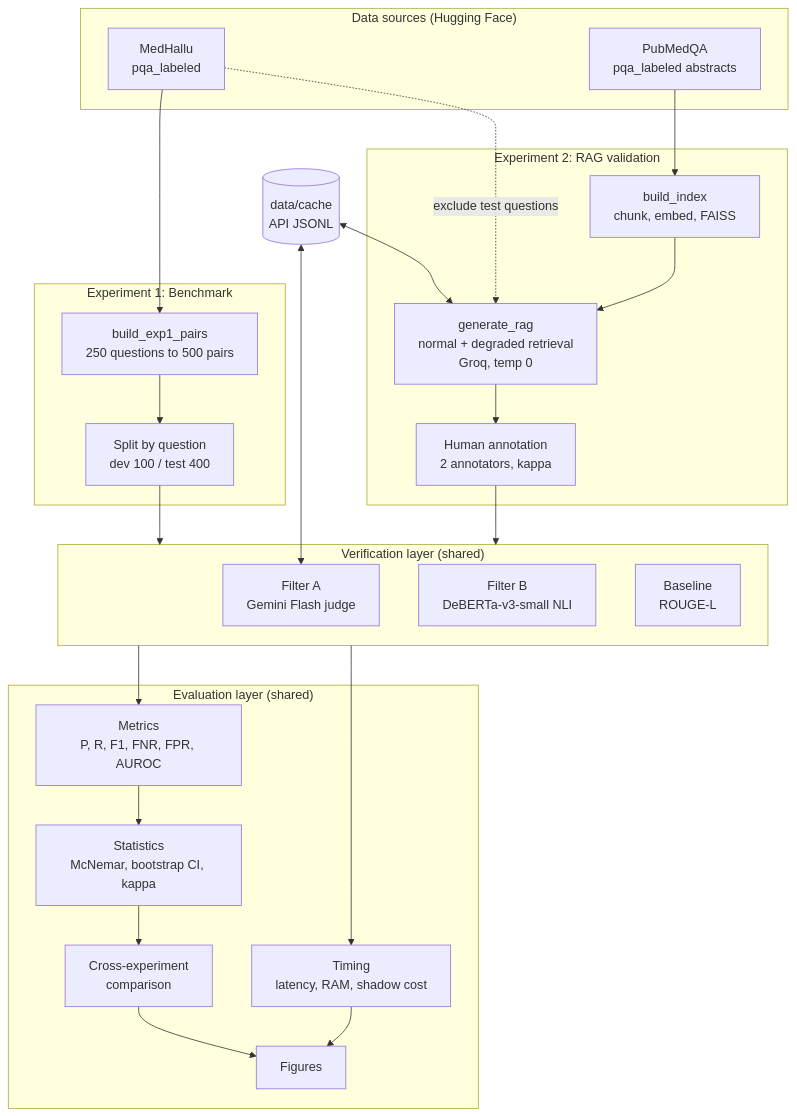
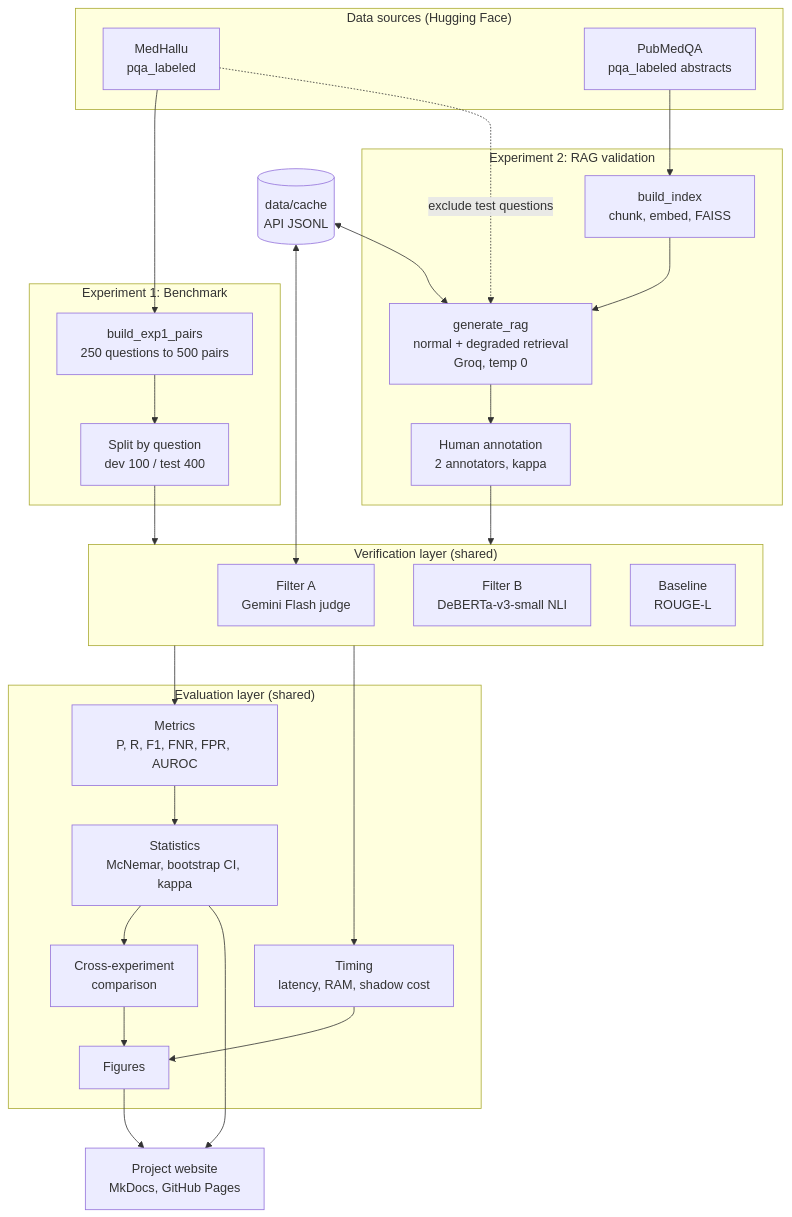
The first of 10 diagrams in Architecture.md (saadktk10/reducing-hallucination-in-healthcare-using-agentic-ai-in-rag), drawn with Mermaid before and after one commit. The commit also changed other lines of this file and 54 other files, not shown here.

````diff
--- a/Architecture.md
+++ b/Architecture.md
@@ -9,40 +11,42 @@
 ```mermaid
 flowchart TB
     subgraph SRC["Data sources (Hugging Face)"]
         MH["MedHallu<br/>pqa_labeled"]
         PQ["PubMedQA<br/>pqa_labeled abstracts"]
     end
 
     subgraph E1["Experiment 1: Benchmark"]
         P1["build_exp1_pairs<br/>250 questions to 500 pairs"]
         SPL["Split by question<br/>dev 100 / test 400"]
     end
 
     subgraph E2["Experiment 2: RAG validation"]
         IDX["build_index<br/>chunk, embed, FAISS"]
         GEN["generate_rag<br/>normal + degraded retrieval<br/>Groq, temp 0"]
         ANN["Human annotation<br/>2 annotators, kappa"]
     end
 
     subgraph VER["Verification layer (shared)"]
         FA["Filter A<br/>Gemini Flash judge"]
         FB["Filter B<br/>DeBERTa-v3-small NLI"]
         BL["Baseline<br/>ROUGE-L"]
     end
 
     subgraph EVAL["Evaluation layer (shared)"]
         MET["Metrics<br/>P, R, F1, FNR, FPR, AUROC"]
         STAT["Statistics<br/>McNemar, bootstrap CI, kappa"]
         TIME["Timing<br/>latency, RAM, shadow cost"]
         XEXP["Cross-experiment<br/>comparison"]
         FIG["Figures"]
     end
 
     MH --> P1 --> SPL --> VER
     PQ --> IDX --> GEN --> ANN --> VER
     MH -. "exclude test questions" .-> GEN
     VER --> MET --> STAT --> XEXP --> FIG
     VER --> TIME --> FIG
+    FIG --> SITE["Project website<br/>MkDocs, GitHub Pages"]
+    STAT --> SITE
     CACHE[("data/cache<br/>API JSONL")] <--> FA
     CACHE <--> GEN
 ```
````
